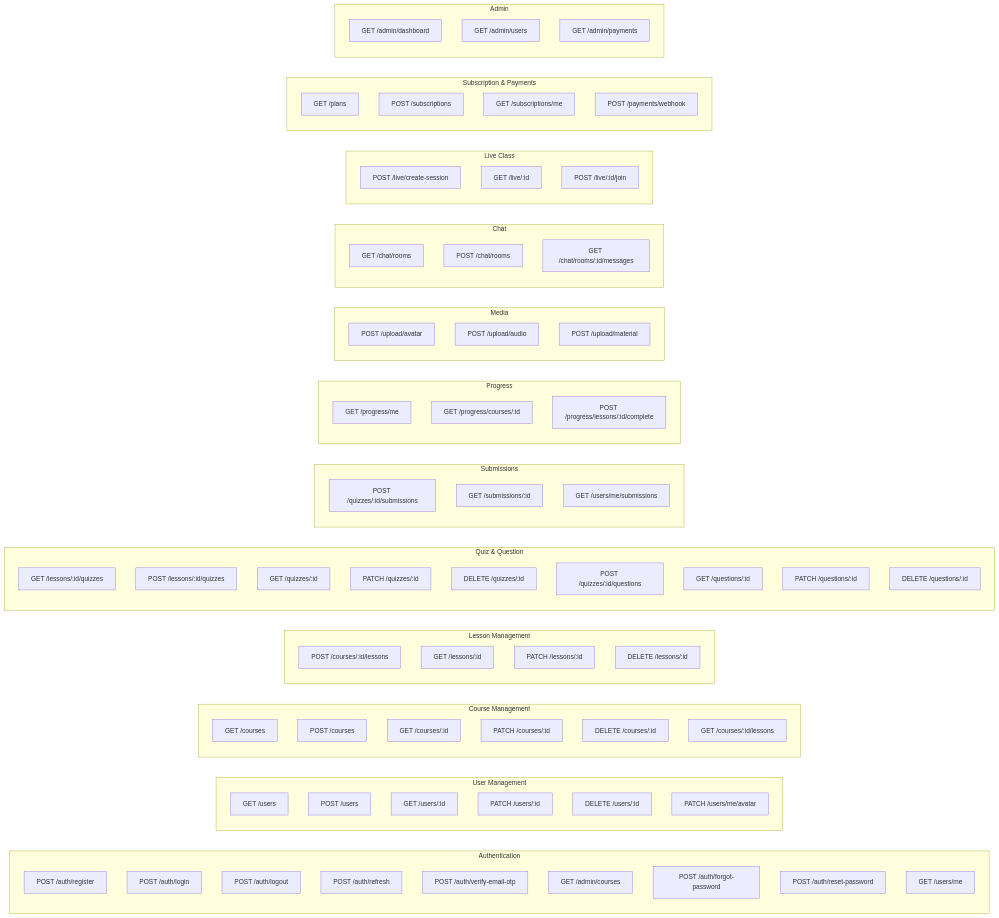
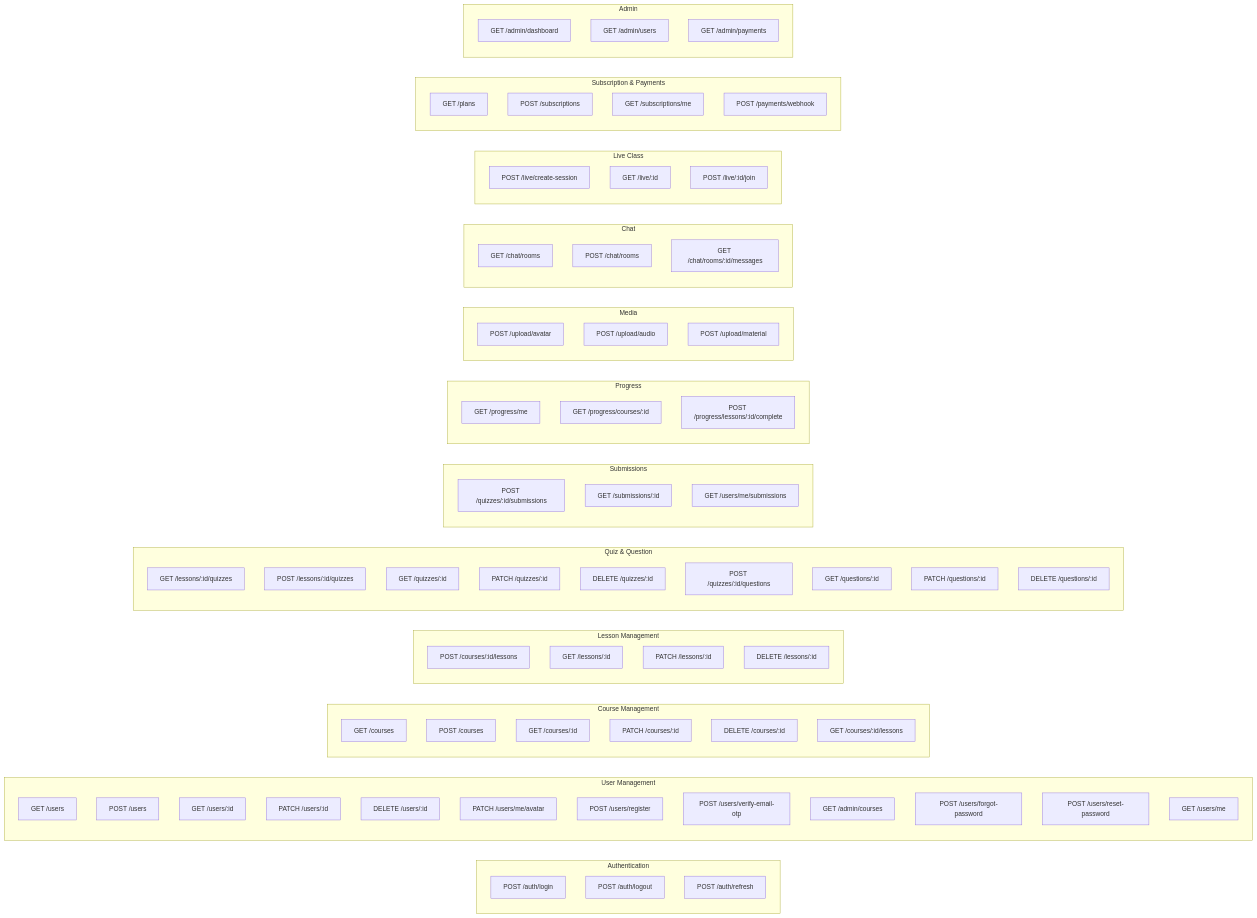
The sixth of 7 diagrams in docs/ARCHITECTURE.md (touanu/ttcn2), drawn with Mermaid before and after one commit. The commit also changed other lines of this file and 88 other files, not shown here.

```diff
--- a/docs/ARCHITECTURE.md
+++ b/docs/ARCHITECTURE.md
@@ -346,15 +352,9 @@
 graph LR
   %% Chưa phải là lược đồ hoàn chỉnh, cần bổ sung thêm khi có yêu cầu cụ thể hơn
     subgraph "Authentication"
-        A[POST /auth/register]
         B[POST /auth/login]
         C[POST /auth/logout]
         D[POST /auth/refresh]
-        E[POST /auth/verify-email-otp]
-        ZAC[POST /auth/verify-email-token]
-        F[POST /auth/forgot-password]
-        G[POST /auth/reset-password]
-        H[GET /users/me]
     end
 
     subgraph "User Management"
@@ -364,6 +364,12 @@
         L[PATCH /users/:id]
         M[DELETE /users/:id]
         N[PATCH /users/me/avatar]
+        A[POST /users/register]
+        E[POST /users/verify-email-otp]
+        ZAC[POST /users/verify-email-token]
+        F[POST /users/forgot-password]
+        G[POST /users/reset-password]
+        H[GET /users/me]
     end
 
     subgraph "Course Management"
```
